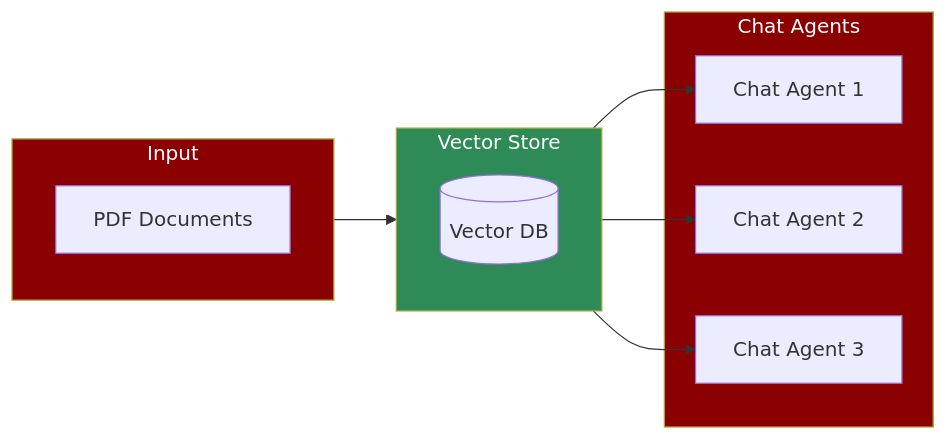
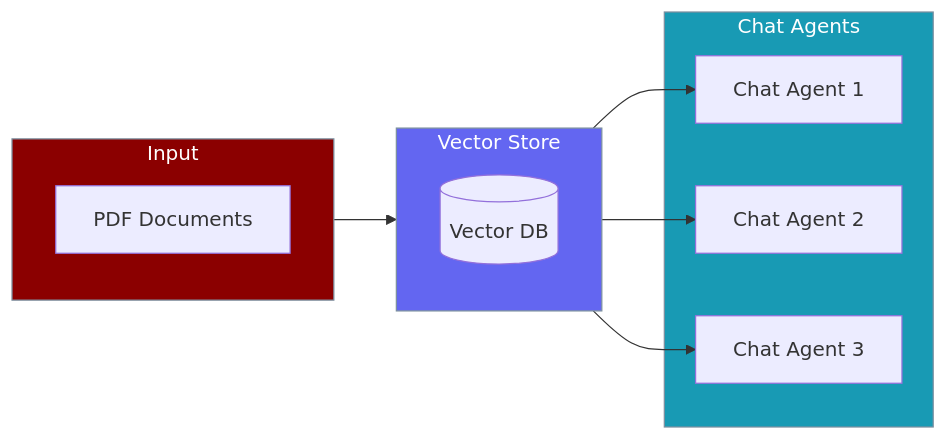
The second of 2 diagrams in docs/features/chat-with-pdf.mdx (MervinPraison/PraisonAIDocs), drawn with Mermaid before and after one commit. The commit also changed other lines of this file and 10 other files, not shown here.

First line of the commit message:
fix: align Mermaid classDef stroke and palette in batch-1 features

````diff
--- a/docs/features/chat-with-pdf.mdx
+++ b/docs/features/chat-with-pdf.mdx
@@ -86,25 +81,28 @@
 ```mermaid
 flowchart LR
     subgraph In[Input]
         PDF[PDF Documents]
     end
 
     subgraph Router[Vector Store]
         DB[(Vector DB)]
     end
     
     subgraph Out[Chat Agents]
         A1[Chat Agent 1]
         A2[Chat Agent 2]
         A3[Chat Agent 3]
     end
 
     In --> Router
     Router --> A1
     Router --> A2
     Router --> A3
 
-    style In fill:#8B0000,color:#fff
-    style Router fill:#2E8B57,color:#fff
-    style Out fill:#8B0000,color:#fff
+    classDef source fill:#8B0000,stroke:#7C90A0,color:#fff
+    classDef store fill:#6366F1,stroke:#7C90A0,color:#fff
+    classDef agents fill:#189AB4,stroke:#7C90A0,color:#fff
+    class In source
+    class Router store
+    class Out agents
 ```
````
